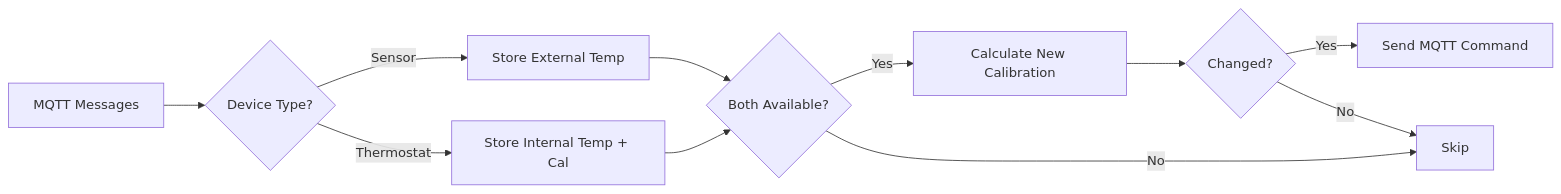
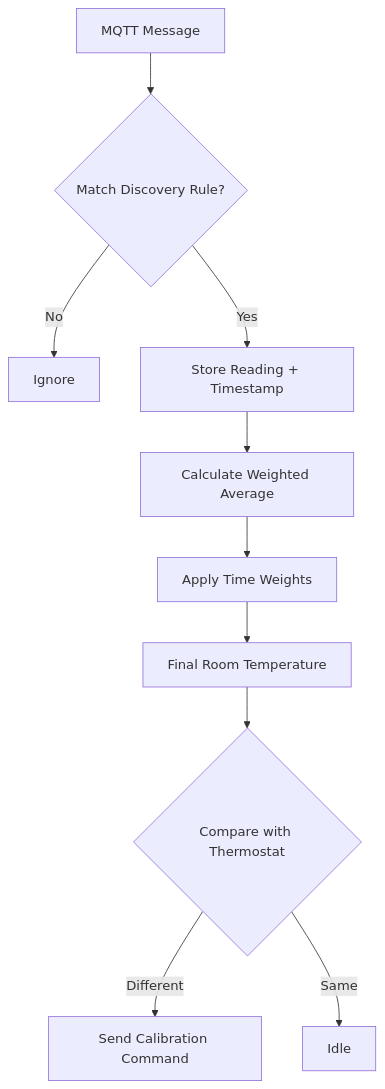
One commit to dutracki/node-red-thermostat-calibrator changed the diagram in README.md. Above: the diagram before and after it, drawn with Mermaid. The commit also changed other lines of this file and 3 other files, not shown here.

````diff
--- a/README.md
+++ b/README.md
@@ -115,13 +95,12 @@
 ```mermaid
-graph LR
-    A[MQTT Messages] --> B{Device Type?}
-    B -->|Sensor| C[Store External Temp]
-    B -->|Thermostat| D[Store Internal Temp + Cal]
-    C --> E{Both Available?}
-    D --> E
-    E -->|Yes| F[Calculate New Calibration]
-    F --> G{Changed?}
-    G -->|Yes| H[Send MQTT Command]
-    G -->|No| I[Skip]
-    E -->|No| I
+graph TD
+    Msg[MQTT Message] --> Rule{Match Discovery Rule?}
+    Rule -- No --> Ignore
+    Rule -- Yes --> Store[Store Reading + Timestamp]
+    Store --> Calc[Calculate Weighted Average]
+    Calc --> Decay[Apply Time Weights]
+    Decay --> Avg[Final Room Temperature]
+    Avg --> Diff{Compare with Thermostat}
+    Diff -- Different --> Cmd[Send Calibration Command]
+    Diff -- Same --> Idle
 ```
````
